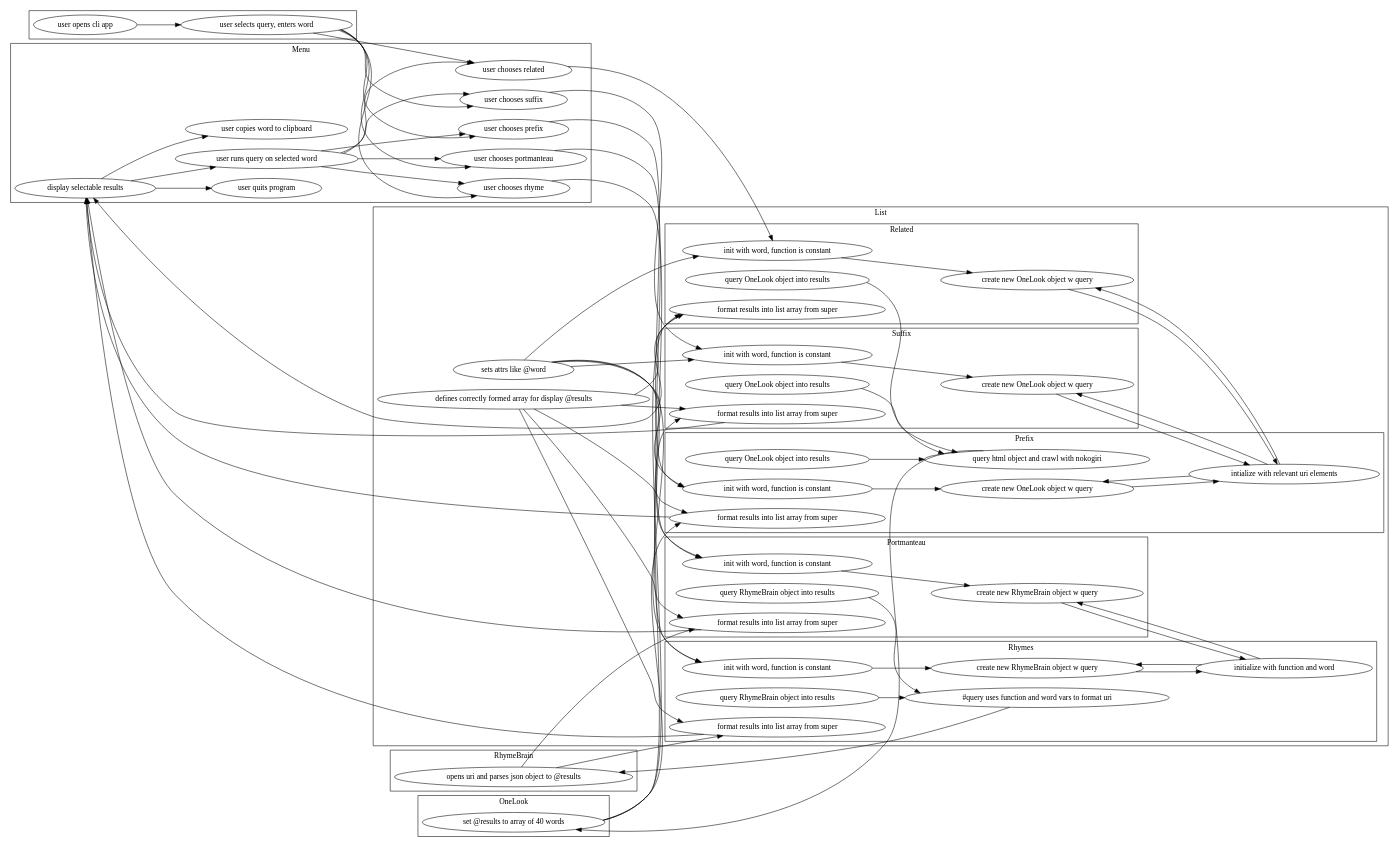
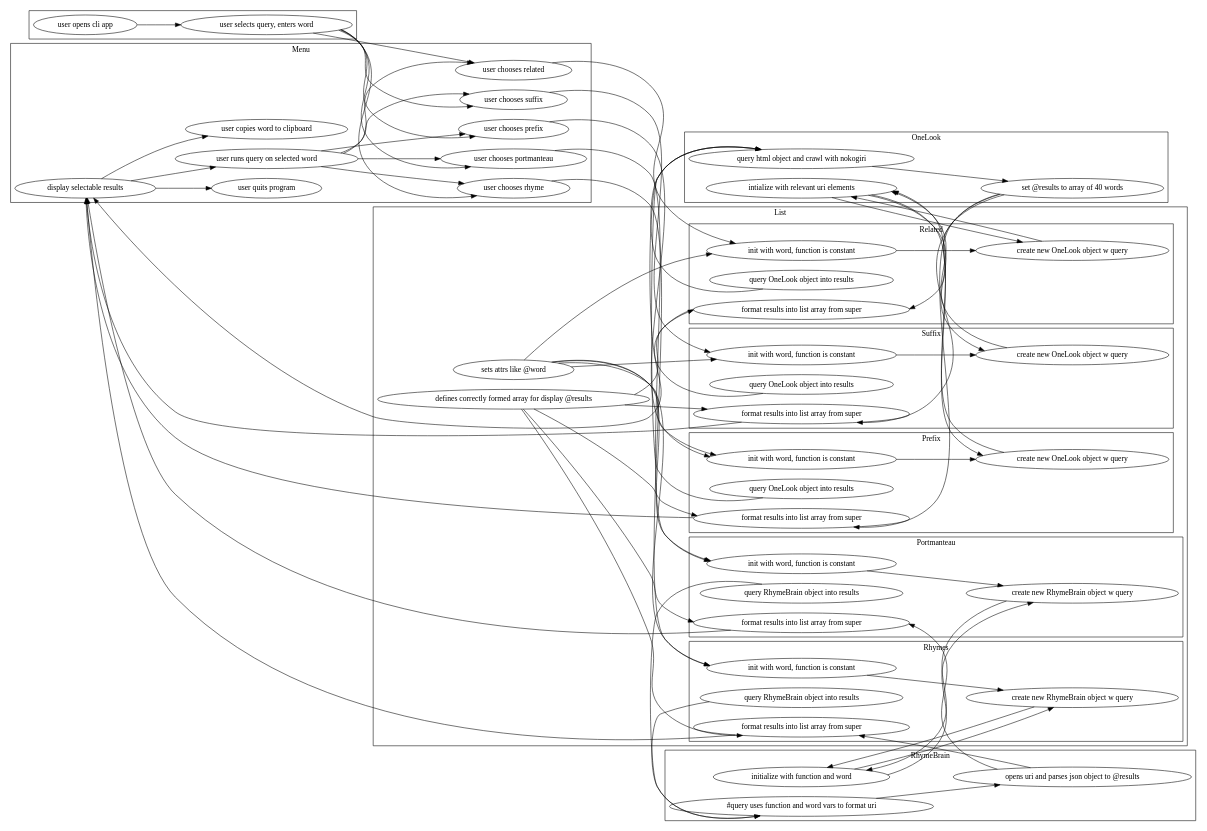
One commit to revarcline/rhymera changed the diagram in layout.dot. Above: the diagram before and after it, drawn with Graphviz. The commit also changed 1 other file, not shown here.

Commit message:
nightmare spaghetti graph

```diff
--- a/layout.dot
+++ b/layout.dot
@@ -1,172 +1,175 @@
 digraph rhymera {
     ratio = "compress";
     rankdir = LR;
 
     subgraph cluster_us {
         us01 [label = "user opens cli app"];
 
         us01 -> mn01;
     }
 
     subgraph cluster_me {
         label = "Menu";
         color = black
         mn01 [label = "user selects query, enters word"];
         mn02 [label = "user chooses rhyme"];
         mn03 [label = "user chooses prefix"];
         mn04 [label = "user chooses suffix"];
         mn05 [label = "user chooses related"];
         mn06 [label = "user chooses portmanteau"];
         mn07 [label = "display selectable results"];
         mn08 [label = "user quits program"];
         mn09 [label = "user runs query on selected word"];
         mn10 [label = "user copies word to clipboard"];
 
         mn01 -> mn02;
         mn01 -> mn03;
         mn01 -> mn04;
         mn01 -> mn05;
         mn01 -> mn06;
 
         mn09 -> mn02;
         mn09 -> mn03;
         mn09 -> mn04;
         mn09 -> mn05;
         mn09 -> mn06;
 
 
         mn07 -> mn09;
         mn07 -> mn08;
         mn07 -> mn10;
     }
 
     subgraph cluster_li {
         label = "List";
         color = black;
 
         subgraph cluster_rh {
             label = "Rhymes";
             color = black;
             rh01 [label = "init with word, function is constant"];
             rh02 [label = "create new RhymeBrain object w query"];
             rh03 [label = "query RhymeBrain object into results"];
             rh04 [label = "format results into list array from super"];
 
             mn02 -> rh01;
             rh01 -> rh02;
-            rh02 -> rb01;
-            rh03 -> rb02;
             rh04 -> mn07;
         }
 
         subgraph cluster_po {
             label = "Portmanteau";
             color = black;
             po01 [label = "init with word, function is constant"];
             po02 [label = "create new RhymeBrain object w query"];
             po03 [label = "query RhymeBrain object into results"];
             po04 [label = "format results into list array from super"];
 
             mn06 -> po01;
             po01 -> po02;
-            po02 -> rb01;
-            po03 -> rb02;
             po04 -> mn07;
         }
 
         subgraph cluster_pr {
             label = "Prefix";
             color = black;
             pr01 [label = "init with word, function is constant"];
             pr02 [label = "create new OneLook object w query"];
             pr03 [label = "query OneLook object into results"];
             pr04 [label = "format results into list array from super"];
 
             mn03 -> pr01;
             pr01 -> pr02;
-            pr02 -> ol01;
-            pr03 -> ol02;
             pr04 -> mn07;
         }
         
         subgraph cluster_su {
             label = "Suffix";
             color = black;
             su01 [label = "init with word, function is constant"];
             su02 [label = "create new OneLook object w query"];
             su03 [label = "query OneLook object into results"];
             su04 [label = "format results into list array from super"];
 
             mn04 -> su01;
             su01 -> su02;
-            su02 -> ol01;
-            su03 -> ol02;
             su04 -> mn07;
         }
 
         subgraph cluster_re {
             label = "Related";
             color = black;
             re01 [label = "init with word, function is constant"];
             re02 [label = "create new OneLook object w query"];
             re03 [label = "query OneLook object into results"];
             re04 [label = "format results into list array from super"];
 
             mn05 -> re01;
             re01 -> re02;
-            re02 -> ol01;
-            re03 -> ol02;
             re04 -> mn07;
         }
 
         li01 [label="defines correctly formed array for display @results"];
         li02 [label="sets attrs like @word"];
         
         li01 -> rh04;
         li01 -> po04;
         li01 -> re04;
         li01 -> su04;
         li01 -> pr04;
 
         li02 -> rh01;
         li02 -> po01;
         li02 -> re01;
         li02 -> su01;
         li02 -> pr01;
     }
 
     subgraph cluster_ol {
         label = "OneLook";
         color = black;
         ol01 [label="intialize with relevant uri elements"];
         ol02 [label="query html object and crawl with nokogiri"];
         ol03 [label="set @results to array of 40 words"];
 
         ol02 -> ol03;
 
         ol01 -> pr02;
         ol03 -> pr04;
 
         ol01 -> su02;
         ol03 -> su04;
 
         ol01 -> re02;
         ol03 -> re04;
+
+            pr02 -> ol01;
+            pr03 -> ol02;
+            su02 -> ol01;
+            su03 -> ol02;
+            re02 -> ol01;
+            re03 -> ol02;
     }
 
     subgraph cluster_rb {
         label = "RhymeBrain";
         color = black;
         rb01 [label = "initialize with function and word"]
         rb02 [label = "#query uses function and word vars to format uri"]
         rb03 [label = "opens uri and parses json object to @results"]
 
         rb02 -> rb03;
 
         rb01 -> rh02;
         rb03 -> rh04;
 
         rb01 -> po02;
         rb03 -> po04;
+
+            rh02 -> rb01;
+            rh03 -> rb02;
+            po02 -> rb01;
+            po03 -> rb02;
+
     }
 }
```
